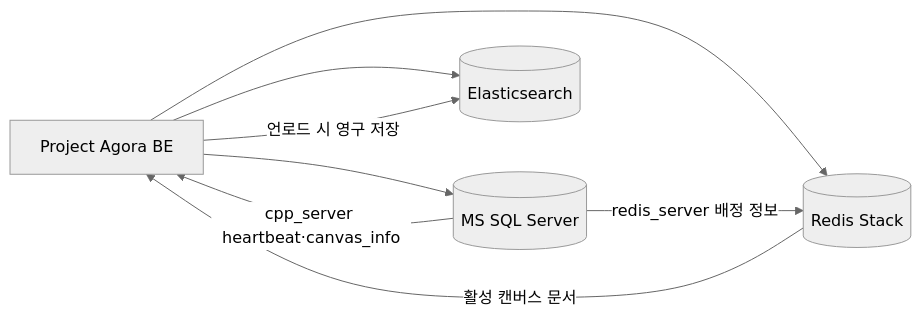
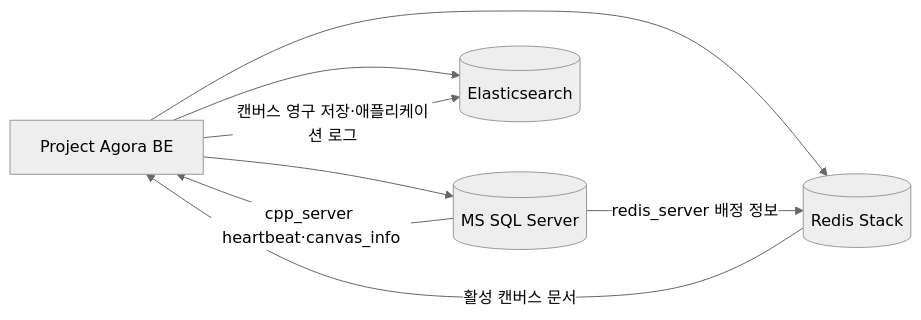
Before and after one commit to LHS11110/project-agora-DB: the diagram in README.md, drawn with Mermaid (neutral theme). The commit also changed other lines of this file and 5 other files, not shown here.

````diff
--- a/README.md
+++ b/README.md
@@ -18,10 +18,10 @@
 ```mermaid
 flowchart LR
     BE[Project Agora BE] --> MSSQL[(MS SQL Server)]
     BE --> Redis[(Redis Stack)]
     BE --> ES[(Elasticsearch)]
     MSSQL -->|redis_server 배정 정보| Redis
     MSSQL -->|cpp_server heartbeat·canvas_info| BE
     Redis -->|활성 캔버스 문서| BE
-    BE -->|언로드 시 영구 저장| ES
+    BE -->|캔버스 영구 저장·애플리케이션 로그| ES
 ```
````
